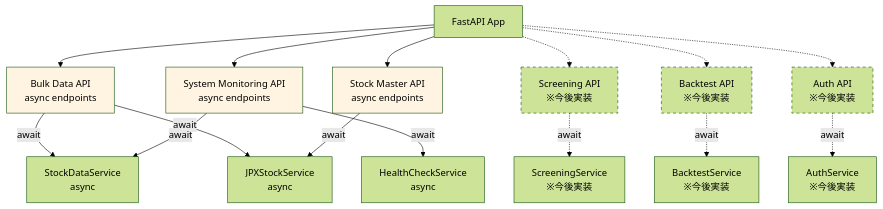
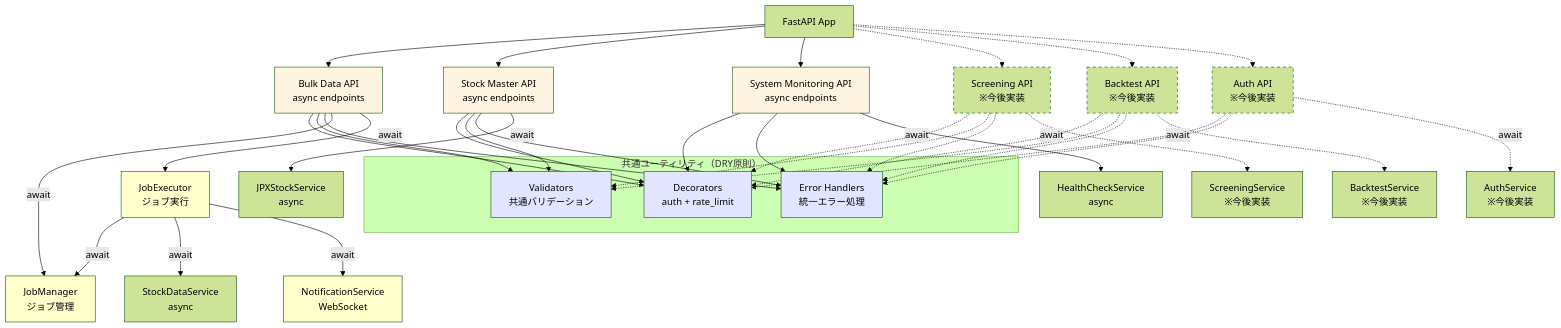
One commit to TIMMY-WEST/STOCK-INVESTMENT-ANALYZER changed the first of 6 diagrams in docs/architecture/layers/api_layer.md. Above: the diagram before and after it, drawn with Mermaid (forest theme). The commit also changed other lines of this file, not shown here.

````diff
--- a/docs/architecture/layers/api_layer.md
+++ b/docs/architecture/layers/api_layer.md
@@ -72,28 +88,61 @@
 ```mermaid
 graph TB
     FastAPI[FastAPI App] --> BulkAPI[Bulk Data API<br/>async endpoints]
     FastAPI --> StockAPI[Stock Master API<br/>async endpoints]
     FastAPI --> MonitorAPI[System Monitoring API<br/>async endpoints]
     FastAPI -.-> ScreeningAPI[Screening API<br/>※今後実装]
     FastAPI -.-> BacktestAPI[Backtest API<br/>※今後実装]
     FastAPI -.-> AuthAPI[Auth API<br/>※今後実装]
 
-    BulkAPI -->|await| StockService[StockDataService<br/>async]
-    BulkAPI -->|await| JPXService[JPXStockService<br/>async]
+    subgraph "共通ユーティリティ（DRY原則）"
+        Decorators[Decorators<br/>auth + rate_limit]
+        Validators[Validators<br/>共通バリデーション]
+        ErrorHandlers[Error Handlers<br/>統一エラー処理]
+    end
 
-    StockAPI -->|await| JPXService
+    BulkAPI --> Decorators
+    BulkAPI --> Validators
+    BulkAPI --> ErrorHandlers
+    BulkAPI -->|await| JobManager[JobManager<br/>ジョブ管理]
+    BulkAPI -->|await| JobExecutor[JobExecutor<br/>ジョブ実行]
 
-    MonitorAPI -->|await| StockService
+    StockAPI --> Decorators
+    StockAPI --> Validators
+    StockAPI --> ErrorHandlers
+    StockAPI -->|await| JPXService[JPXStockService<br/>async]
+
+    MonitorAPI --> Decorators
+    MonitorAPI --> ErrorHandlers
     MonitorAPI -->|await| HealthCheck[HealthCheckService<br/>async]
 
+    ScreeningAPI -.-> Decorators
+    ScreeningAPI -.-> Validators
+    ScreeningAPI -.-> ErrorHandlers
     ScreeningAPI -.->|await| ScreeningService[ScreeningService<br/>※今後実装]
+
+    BacktestAPI -.-> Decorators
+    BacktestAPI -.-> Validators
+    BacktestAPI -.-> ErrorHandlers
     BacktestAPI -.->|await| BacktestService[BacktestService<br/>※今後実装]
+
+    AuthAPI -.-> Decorators
+    AuthAPI -.-> ErrorHandlers
     AuthAPI -.->|await| AuthService[AuthService<br/>※今後実装]
+
+    JobExecutor -->|await| JobManager
+    JobExecutor -->|await| StockService[StockDataService<br/>async]
+    JobExecutor -->|await| NotifyService[NotificationService<br/>WebSocket]
 
     style BulkAPI fill:#fff4e1
     style StockAPI fill:#fff4e1
     style MonitorAPI fill:#fff4e1
+    style Decorators fill:#e1e5ff
+    style Validators fill:#e1e5ff
+    style ErrorHandlers fill:#e1e5ff
+    style JobManager fill:#ffffcc
+    style JobExecutor fill:#ffffcc
+    style NotifyService fill:#ffffcc
     style ScreeningAPI stroke-dasharray: 5 5
     style BacktestAPI stroke-dasharray: 5 5
     style AuthAPI stroke-dasharray: 5 5
 ```
````
